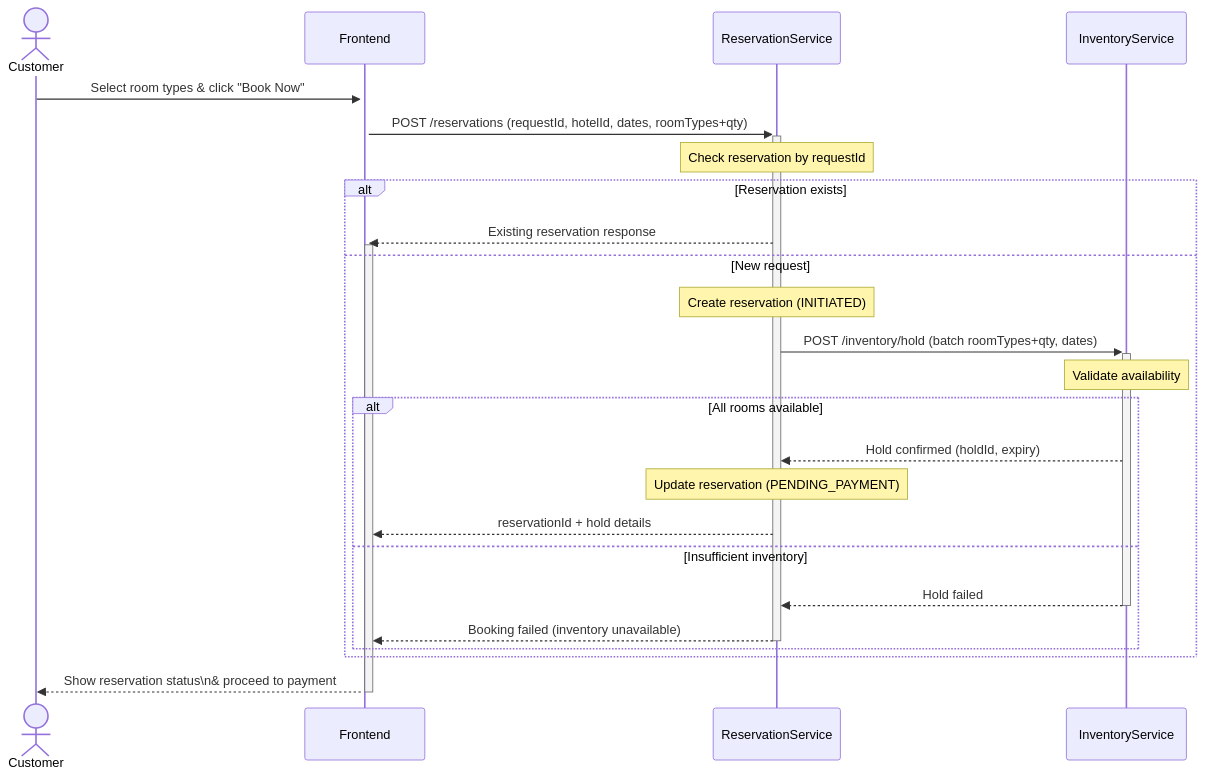
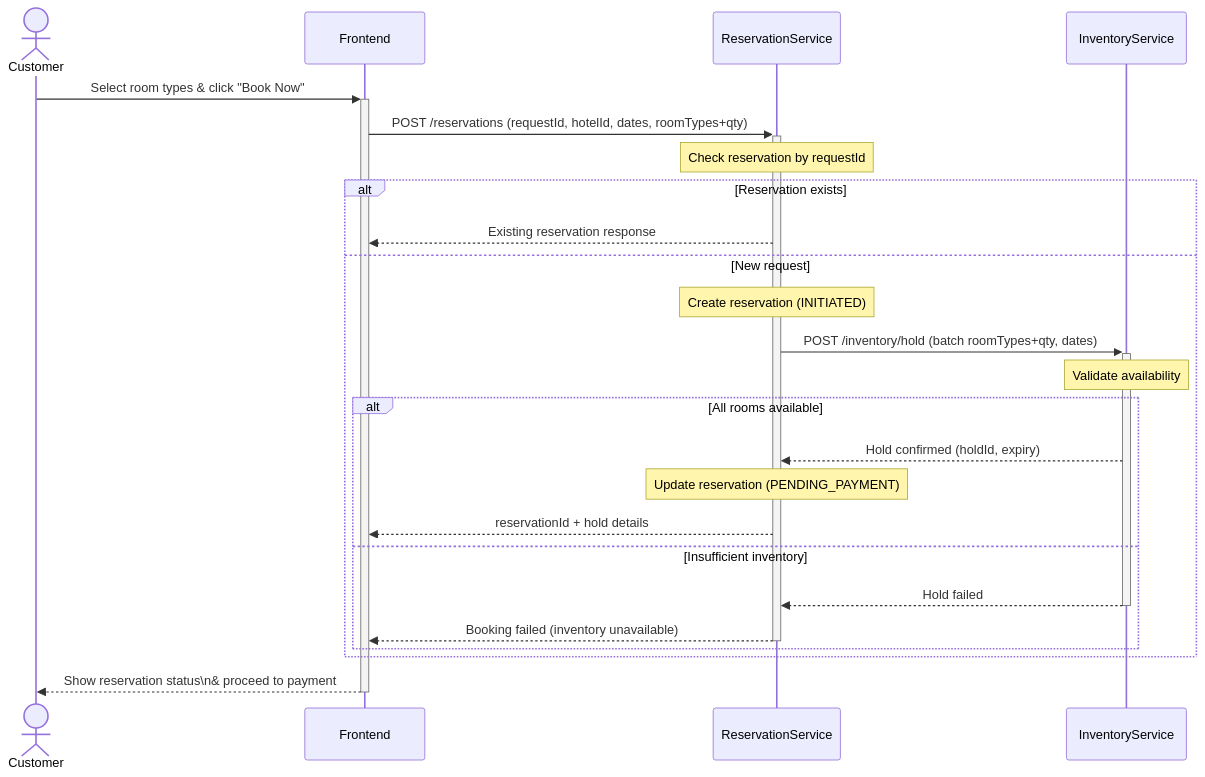
Before and after one commit to NishchayAnand/software-engineering: the third of 4 diagrams in Backend Engineering/Case Studies/Case Study 5. Nivara - Hotel Reservation System/3. Sequence Flow.md, drawn with Mermaid. The commit also changed other lines of this file, not shown here.

Commit message:
finalizing the payment processing sequence flow of hotel reservation system

````diff
--- a/Backend Engineering/Case Studies/Case Study 5. Nivara - Hotel Reservation System/3. Sequence Flow.md
+++ b/Backend Engineering/Case Studies/Case Study 5. Nivara - Hotel Reservation System/3. Sequence Flow.md
@@ -188,34 +186,33 @@
 ```mermaid
 sequenceDiagram
     actor Customer
     participant Frontend
     participant ReservationService
     participant InventoryService
 
     Customer ->> +Frontend: Select room types & click "Book Now"
 
     Frontend ->> +ReservationService: POST /reservations (requestId, hotelId, dates, roomTypes+qty)
 
     Note over ReservationService: Check reservation by requestId
 
     alt Reservation exists
-        ReservationService -->> +Frontend: Existing reservation response
+        ReservationService -->> Frontend: Existing reservation response
     else New request
         Note over ReservationService: Create reservation (INITIATED)
 
         ReservationService ->> +InventoryService: POST /inventory/hold (batch roomTypes+qty, dates)
         Note over InventoryService: Validate availability
 
         alt All rooms available
             InventoryService -->> ReservationService: Hold confirmed (holdId, expiry)
             Note over ReservationService: Update reservation (PENDING_PAYMENT)
             ReservationService -->> Frontend: reservationId + hold details
         else Insufficient inventory
             InventoryService -->> -ReservationService: Hold failed
             ReservationService -->> -Frontend: Booking failed (inventory unavailable)
         end
     end
 
     Frontend -->> -Customer: Show reservation status\n& proceed to payment
-
 ```
````
